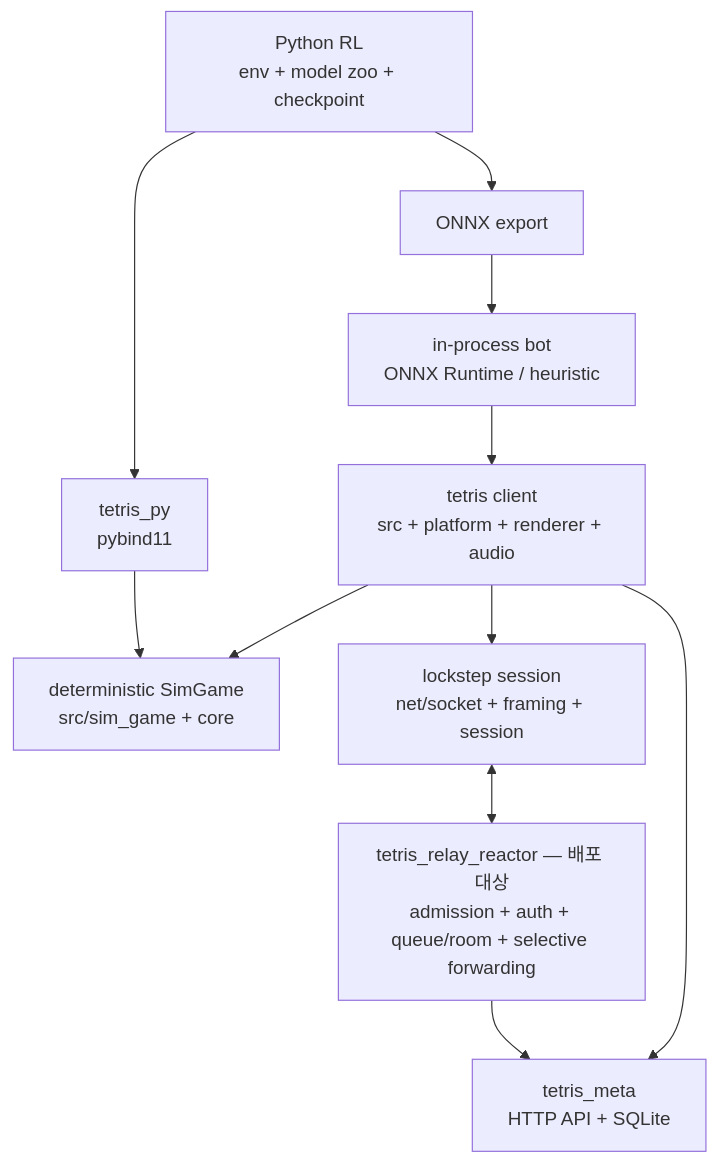
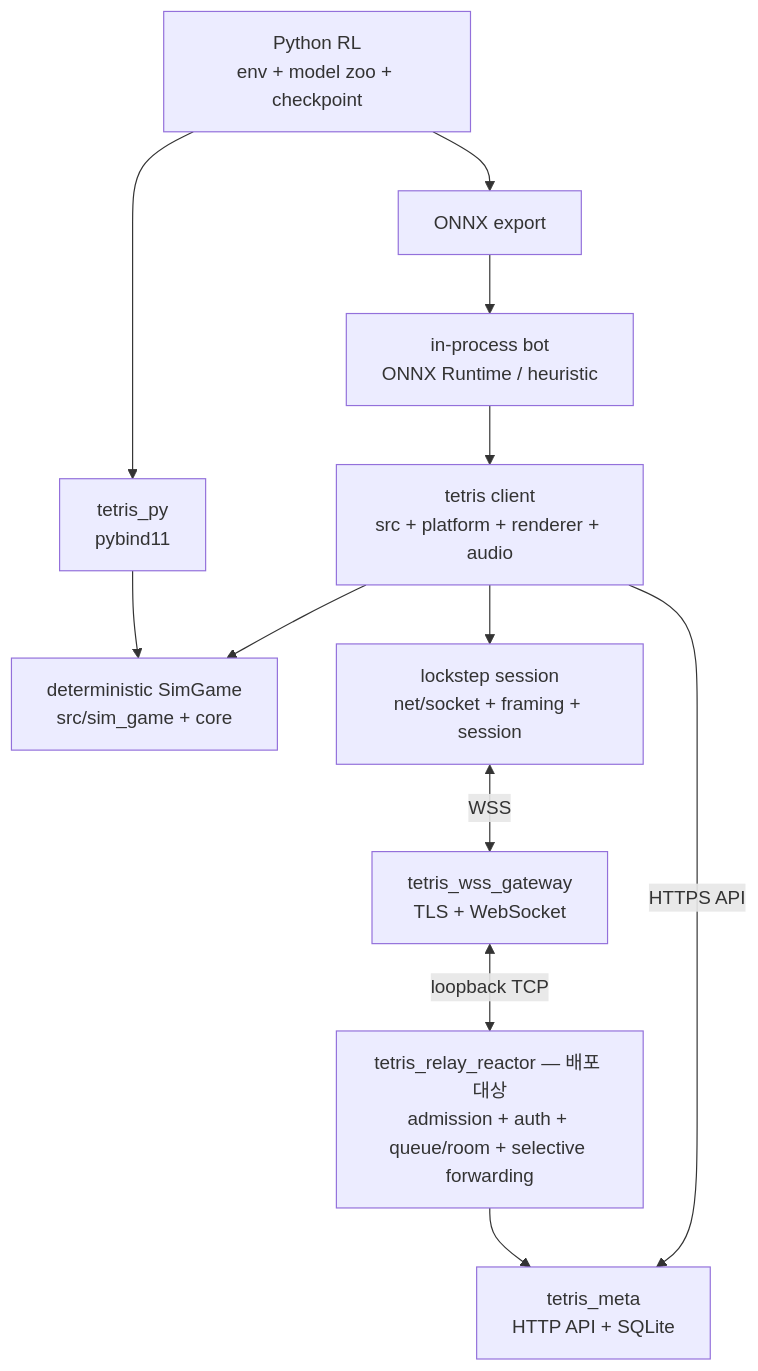
One commit to Rein-ArXiv/Tetris-Multiplayer-RL changed the diagram in README.md. Above: the diagram before and after it, drawn with Mermaid. The commit also changed other lines of this file and 91 other files, not shown here.

````diff
--- a/README.md
+++ b/README.md
@@ -26,23 +37,25 @@
 ```mermaid
 flowchart TB
     Client["tetris client<br/>src + platform + renderer + audio"]
     Sim["deterministic SimGame<br/>src/sim_game + core"]
     Session["lockstep session<br/>net/socket + framing + session"]
     Relay["tetris_relay_reactor — 배포 대상<br/>admission + auth + queue/room + selective forwarding"]
     Meta["tetris_meta<br/>HTTP API + SQLite"]
     PyBind["tetris_py<br/>pybind11"]
     Train["Python RL<br/>env + model zoo + checkpoint"]
     Export["ONNX export"]
     Bot["in-process bot<br/>ONNX Runtime / heuristic"]
 
     Client --> Sim
     Client --> Session
-    Session <--> Relay
-    Client --> Meta
+    Gateway["tetris_wss_gateway<br/>TLS + WebSocket"]
+    Session <-->|WSS| Gateway
+    Gateway <-->|loopback TCP| Relay
+    Client -->|HTTPS API| Meta
     Relay --> Meta
     PyBind --> Sim
     Train --> PyBind
     Train --> Export
     Export --> Bot
     Bot --> Client
 ```
````
